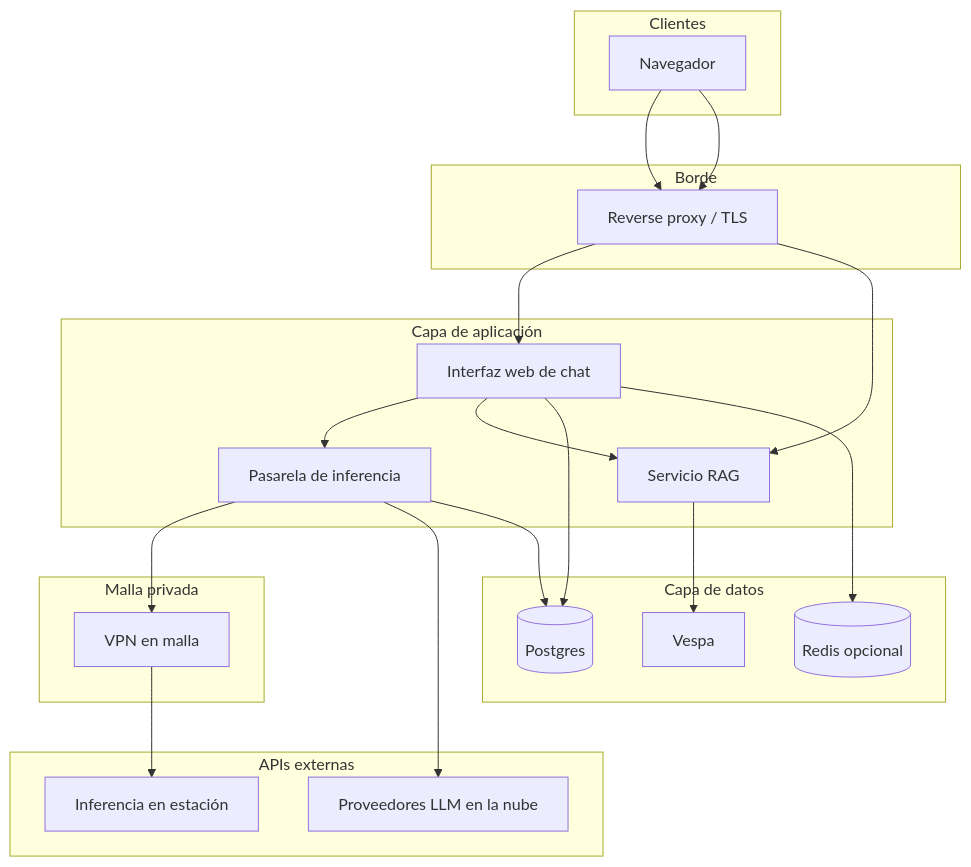
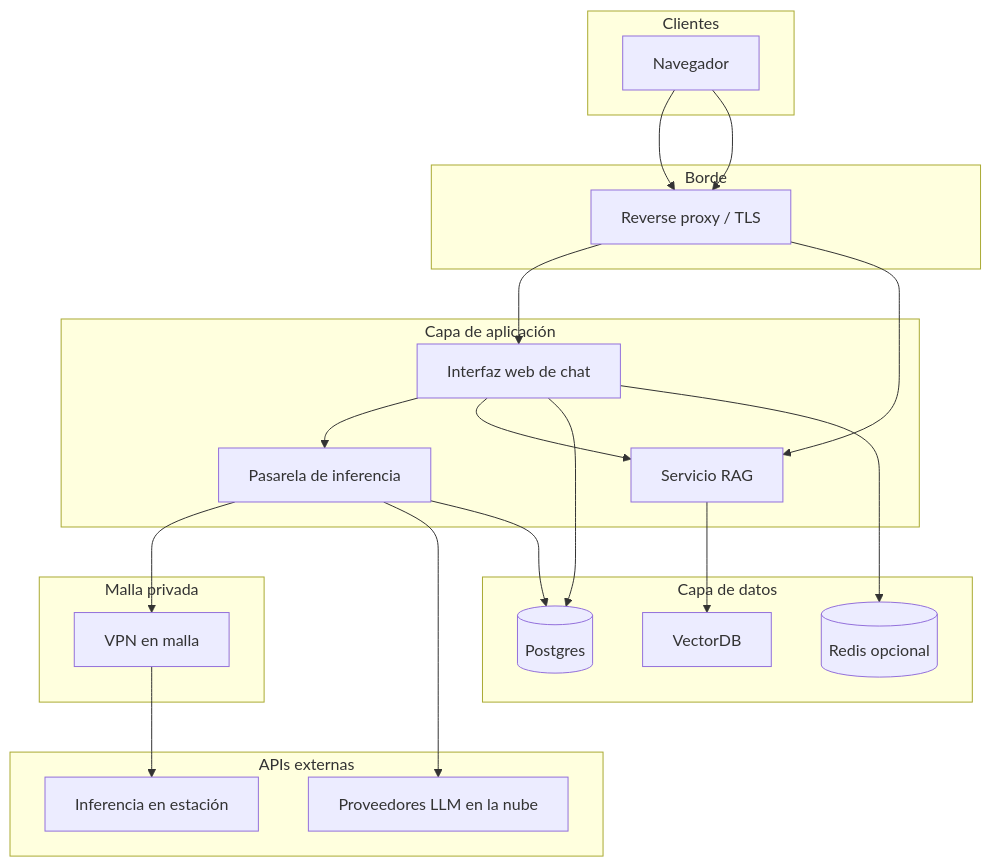
One commit to 13g4d0/docu-es changed the diagram in docs/as-built/network-security-matrix.md. Above: the diagram before and after it, drawn with Mermaid. The commit also changed 15 other files, not shown here.

````diff
--- a/docs/as-built/network-security-matrix.md
+++ b/docs/as-built/network-security-matrix.md
@@ -7,42 +7,42 @@
 ```mermaid
 flowchart TB
   subgraph clients [Clientes]
     BR[Navegador]
   end
 
   subgraph edge [Borde]
     RP[Reverse proxy / TLS]
   end
 
   subgraph apps [Capa de aplicación]
     OW[Interfaz web de chat]
     IR[Servicio RAG]
     GW[Pasarela de inferencia]
   end
 
   subgraph data [Capa de datos]
-    V[Vespa]
+    V[VectorDB]
     PG[(Postgres)]
     RD[(Redis opcional)]
   end
 
   subgraph mesh [Malla privada]
     TS[VPN en malla]
   end
 
   subgraph ext [APIs externas]
     CL[Proveedores LLM en la nube]
     LOC[Inferencia en estación]
   end
 
   BR --> RP --> OW
   BR --> RP --> IR
   OW --> GW
   OW --> IR
   GW --> TS --> LOC
   GW --> CL
   IR --> V
   OW --> PG
   OW --> RD
   GW --> PG
 ```
````
